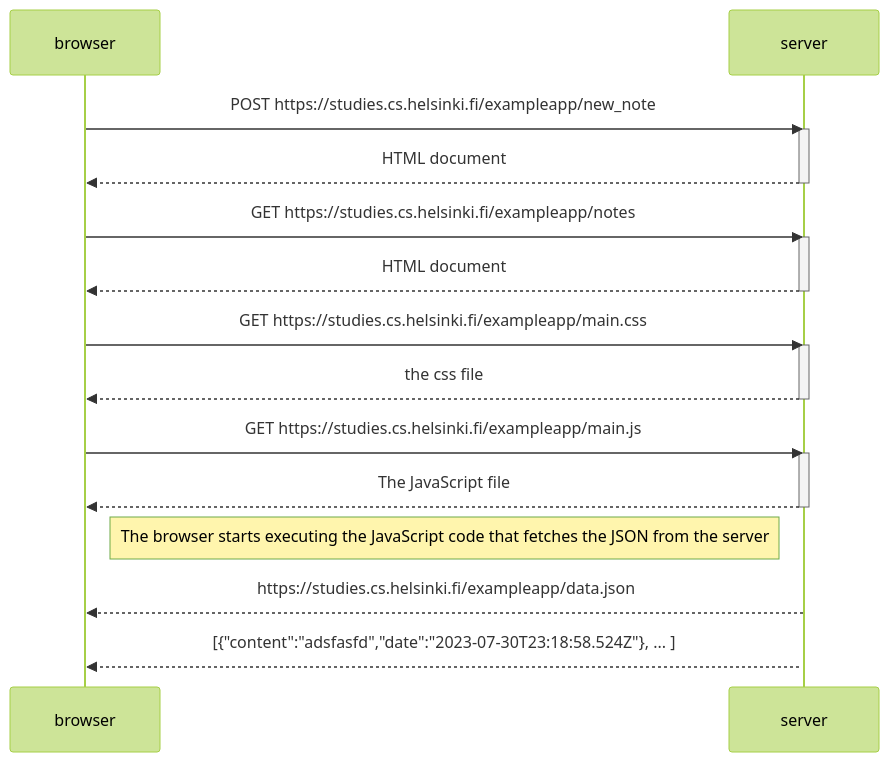
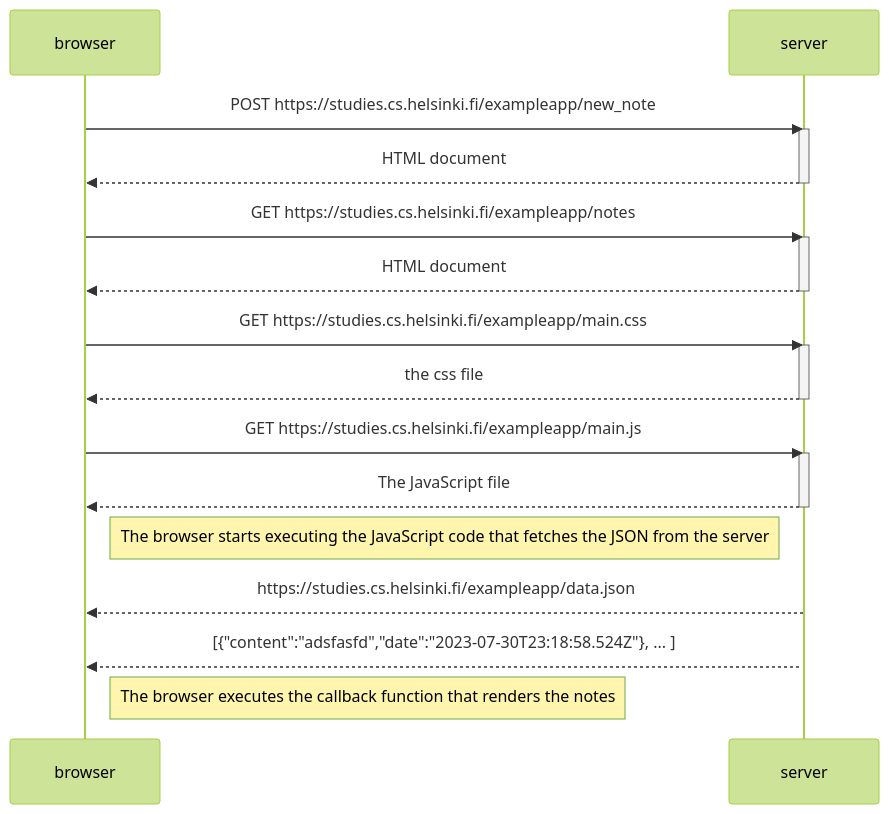
One commit to alelikak/fullstackopen changed the diagram in 04.md. Above: the diagram before and after it, drawn with Mermaid (forest theme).

````diff
--- a/04.md
+++ b/04.md
@@ -1,33 +1,35 @@
 ```mermaid
 sequenceDiagram
     participant browser
     participant server
     
     browser->>server: POST https://studies.cs.helsinki.fi/exampleapp/new_note
     activate server
     server-->>browser: HTML document
     deactivate server
     
     browser->>server: GET https://studies.cs.helsinki.fi/exampleapp/notes
     activate server
     server-->>browser: HTML document
     deactivate server
     
     browser->>server: GET https://studies.cs.helsinki.fi/exampleapp/main.css
     activate server
     server-->>browser: the css file
     deactivate server
     
     
     browser->>server: GET https://studies.cs.helsinki.fi/exampleapp/main.js
     activate server
     server-->>browser: The JavaScript file
     deactivate server    
 
     Note right of browser: The browser starts executing the JavaScript code that fetches the JSON from the server
     
 
     server-->>browser: https://studies.cs.helsinki.fi/exampleapp/data.json
     activate server
     server-->>browser: [{"content":"adsfasfd","date":"2023-07-30T23:18:58.524Z"}, ... ]
+    
+    Note right of browser: The browser executes the callback function that renders the notes
 ```
````
